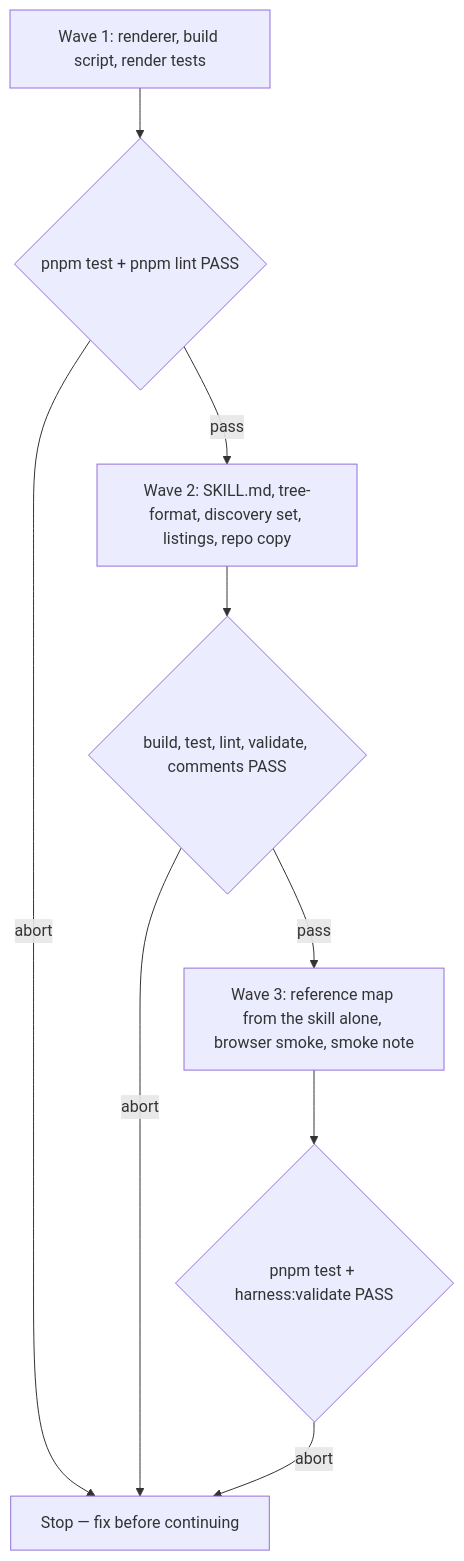
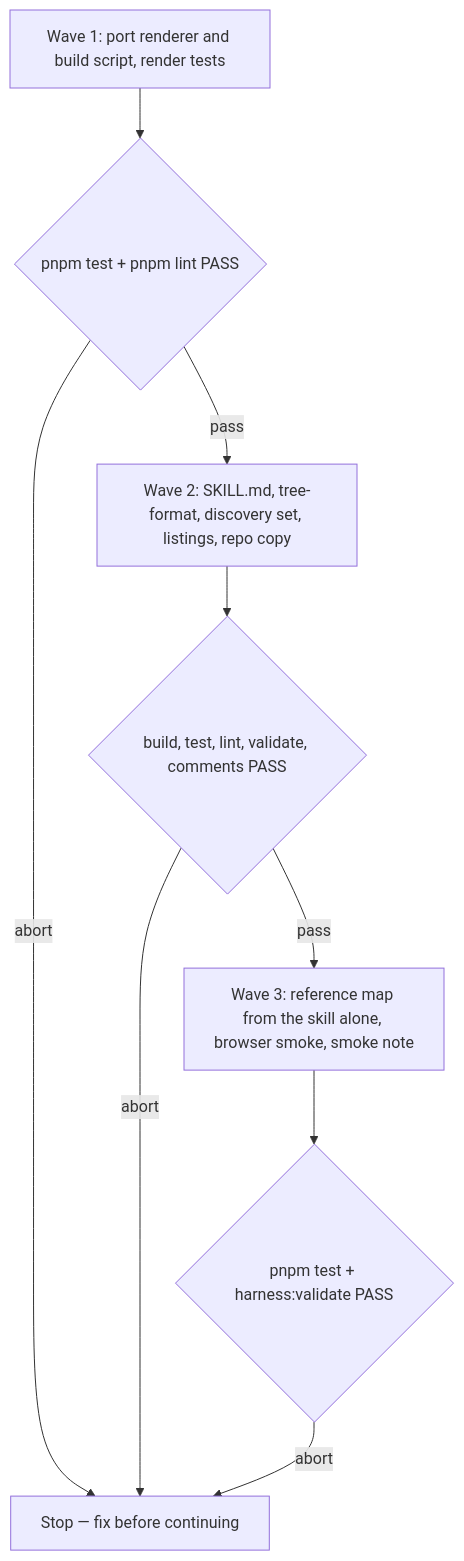
The diagram in docs/specs/journey-map/journey-map-spec.md (WolvenTech/wolven-harness), drawn with Mermaid before and after one commit. The commit also changed other lines of this file and 3 other files, not shown here.

````diff
--- a/docs/specs/journey-map/journey-map-spec.md
+++ b/docs/specs/journey-map/journey-map-spec.md
@@ -133,11 +160,11 @@
 ```mermaid
 flowchart TD
-  A[Wave 1: renderer, build script, render tests] --> G1{pnpm test + pnpm lint PASS}
+  A[Wave 1: port renderer and build script, render tests] --> G1{pnpm test + pnpm lint PASS}
   G1 -->|abort| X[Stop — fix before continuing]
   G1 -->|pass| B[Wave 2: SKILL.md, tree-format, discovery set, listings, repo copy]
   B --> G2{build, test, lint, validate, comments PASS}
   G2 -->|abort| X
   G2 -->|pass| C[Wave 3: reference map from the skill alone, browser smoke, smoke note]
   C --> G3{pnpm test + harness:validate PASS}
   G3 -->|abort| X
 ```
````
